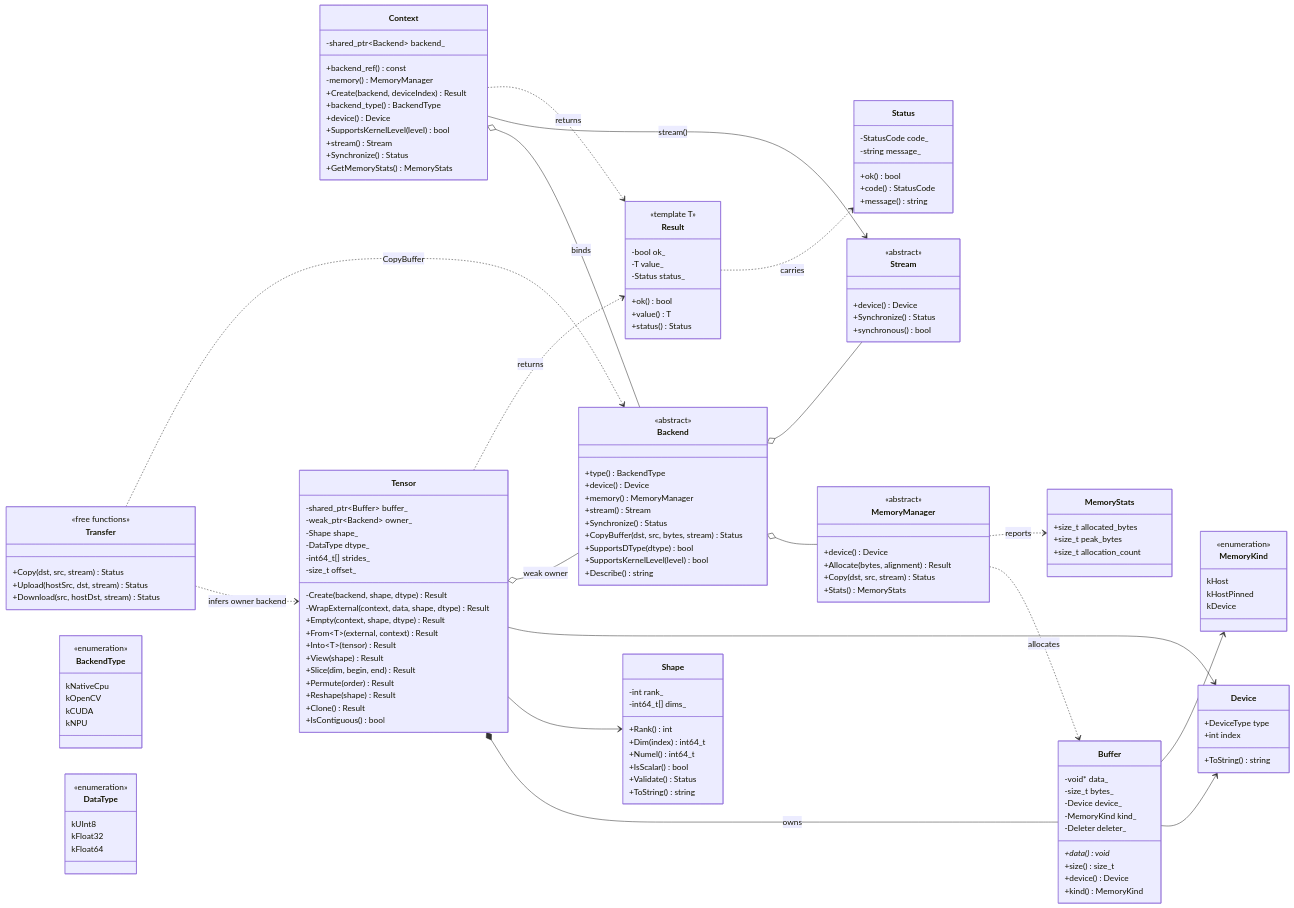
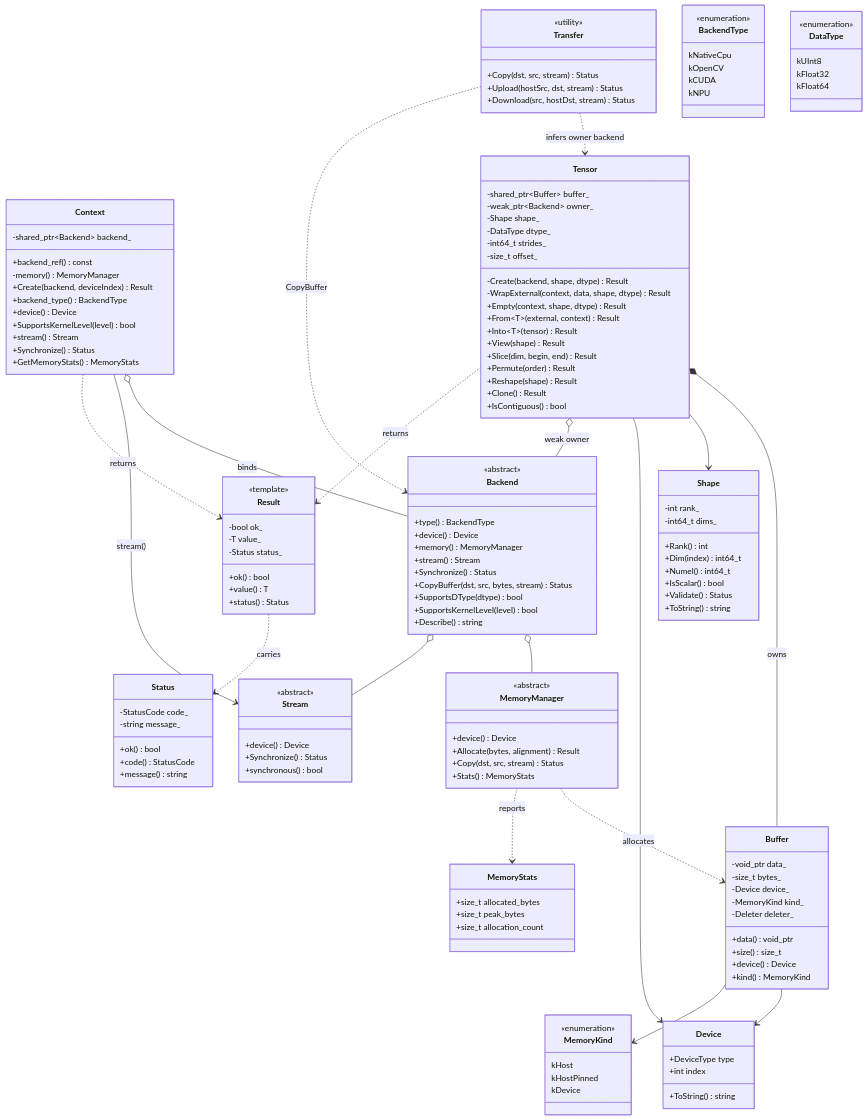
Before and after one commit to CourtJadeLiquor/hpcplatform: the first of 3 diagrams in docs/architecture.md, drawn with Mermaid. The commit also changed other lines of this file and 35 other files, not shown here.

````diff
--- a/docs/architecture.md
+++ b/docs/architecture.md
@@ -333,10 +368,8 @@
 ```mermaid
 classDiagram
-  direction LR
-
   class Shape {
     -int rank_
-    -int64_t[] dims_
+    -int64_t dims_
     +Rank() int
     +Dim(index) int64_t
     +Numel() int64_t
@@ -352,12 +385,12 @@
   }
 
   class Buffer {
-    -void* data_
+    -void_ptr data_
     -size_t bytes_
     -Device device_
     -MemoryKind kind_
     -Deleter deleter_
-    +data() void*
+    +data() void_ptr
     +size() size_t
     +device() Device
     +kind() MemoryKind
@@ -409,7 +442,7 @@
     -weak_ptr~Backend~ owner_
     -Shape shape_
     -DataType dtype_
-    -int64_t[] strides_
+    -int64_t strides_
     -size_t offset_
     -Create(backend, shape, dtype) Result
     -WrapExternal(context, data, shape, dtype) Result
@@ -425,7 +458,7 @@
   }
 
   class Transfer {
-    <<free functions>>
+    <<utility>>
     +Copy(dst, src, stream) Status
     +Upload(hostSrc, dst, stream) Status
     +Download(src, hostDst, stream) Status
@@ -440,7 +473,7 @@
   }
 
   class Result {
-    <<template T>>
+    <<template>>
     -bool ok_
     -T value_
     -Status status_
````
